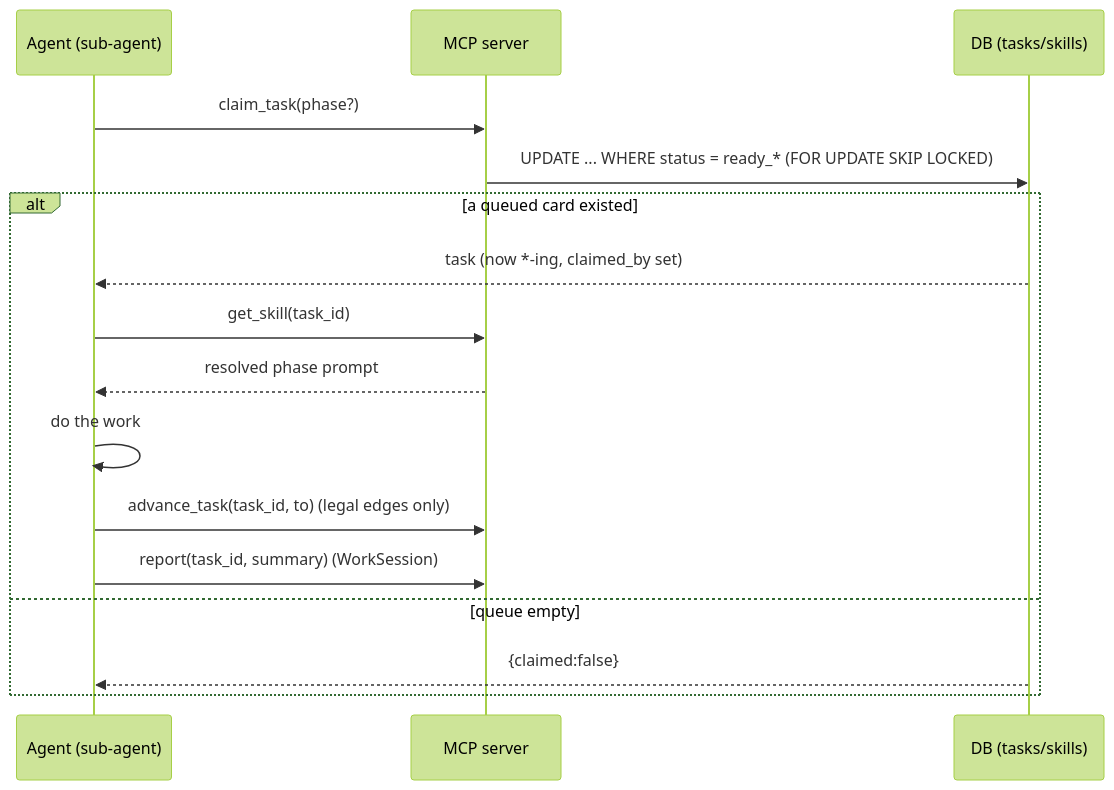
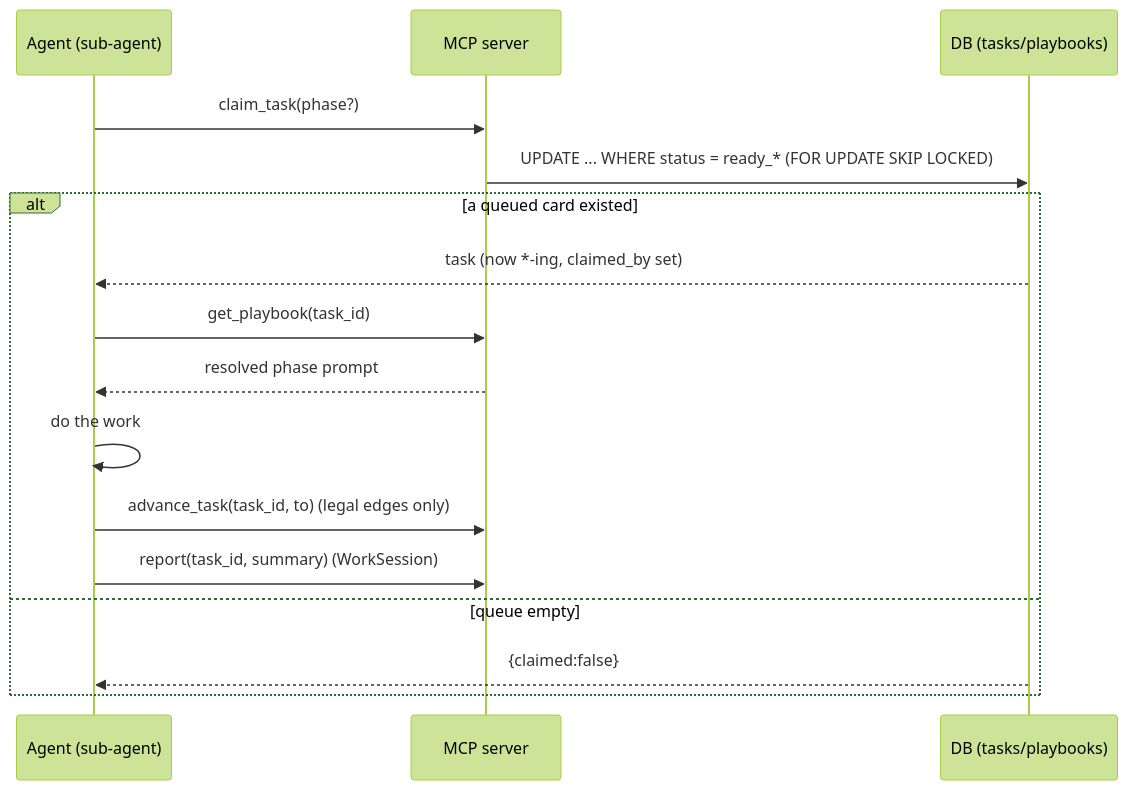
One commit to tetrixdev/lodestar changed the third of 3 diagrams in docs/ARCHITECTURE.md. Above: the diagram before and after it, drawn with Mermaid (forest theme). The commit also changed other lines of this file and 56 other files, not shown here.

First line of the commit message:
Playbooks: rename from "skills", CAS guard, attention tray, breadcrumb, method migration

````diff
--- a/docs/ARCHITECTURE.md
+++ b/docs/ARCHITECTURE.md
@@ -201,18 +210,18 @@
 ```mermaid
 sequenceDiagram
     participant A as Agent (sub-agent)
     participant M as MCP server
-    participant DB as DB (tasks/skills)
+    participant DB as DB (tasks/playbooks)
     A->>M: claim_task(phase?)
     M->>DB: UPDATE ... WHERE status = ready_* (FOR UPDATE SKIP LOCKED)
     alt a queued card existed
         DB-->>A: task (now *-ing, claimed_by set)
-        A->>M: get_skill(task_id)
+        A->>M: get_playbook(task_id)
         M-->>A: resolved phase prompt
         A->>A: do the work
         A->>M: advance_task(task_id, to)  (legal edges only)
         A->>M: report(task_id, summary)   (WorkSession)
     else queue empty
         DB-->>A: {claimed:false}
     end
 ```
````
